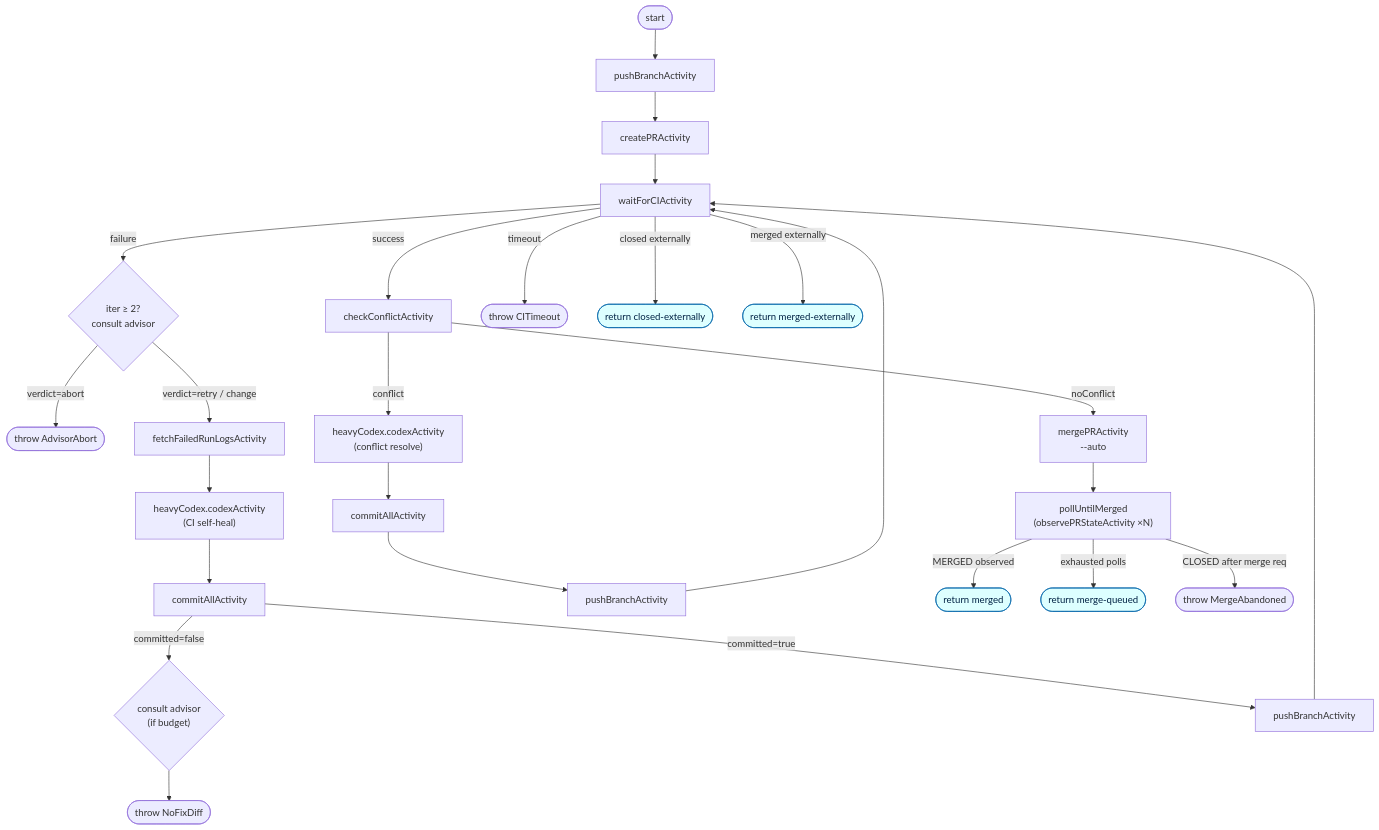
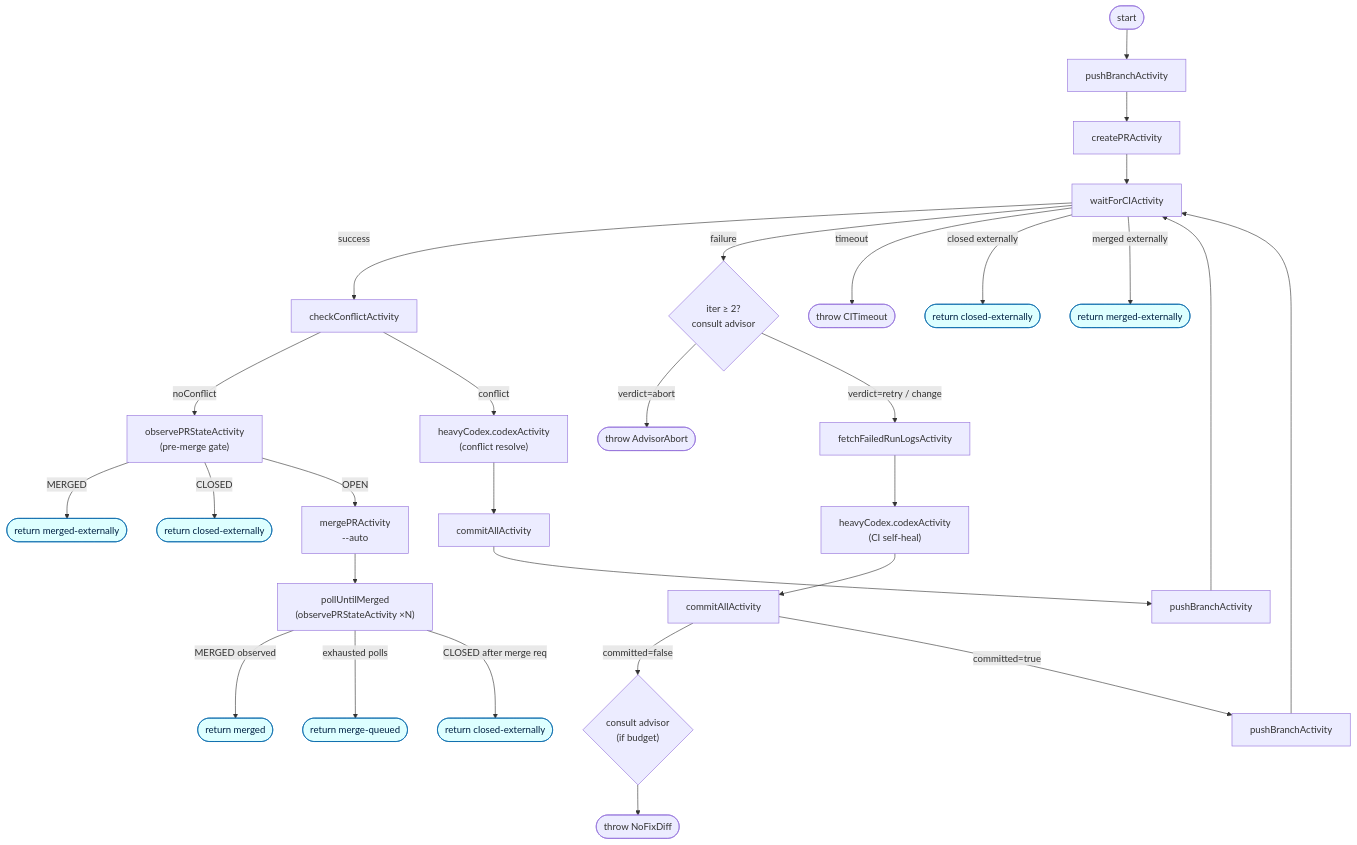
Before and after one commit to tamara1031/temporal-repo-steward: the fourth of 5 diagrams in docs/architecture.md, drawn with Mermaid. The commit also changed other lines of this file and 7 other files, not shown here.

````diff
--- a/docs/architecture.md
+++ b/docs/architecture.md
@@ -194,30 +194,33 @@
 ```mermaid
 flowchart TD
     Start([start]) --> Push[pushBranchActivity]
     Push --> Create[createPRActivity]
     Create --> Wait[waitForCIActivity]
     Wait -->|success| Conflict[checkConflictActivity]
     Wait -->|failure| AdviseFail{"iter ≥ 2?<br/>consult advisor"}
     Wait -->|timeout| Timeout([throw CITimeout])
     Wait -->|closed externally| ClosedExt([return closed-externally]):::ret
     Wait -->|merged externally| MergedExt([return merged-externally]):::ret
     AdviseFail -->|verdict=abort| AbortAdv([throw AdvisorAbort])
     AdviseFail -->|verdict=retry / change| Fetch[fetchFailedRunLogsActivity]
     Fetch --> Heal["heavyCodex.codexActivity<br/>(CI self-heal)"]
     Heal --> CommitH[commitAllActivity]
     CommitH -->|committed=false| AdviseNoDiff{"consult advisor<br/>(if budget)"}
     AdviseNoDiff --> ThrowNoDiff([throw NoFixDiff])
     CommitH -->|committed=true| PushH[pushBranchActivity]
     PushH --> Wait
-    Conflict -->|noConflict| MergeReq[mergePRActivity<br/>--auto]
+    Conflict -->|noConflict| PreMerge["observePRStateActivity<br/>(pre-merge gate)"]
     Conflict -->|conflict| Resolve["heavyCodex.codexActivity<br/>(conflict resolve)"]
     Resolve --> CommitR[commitAllActivity]
     CommitR --> PushR[pushBranchActivity]
     PushR --> Wait
+    PreMerge -->|MERGED| MergedRace([return merged-externally]):::ret
+    PreMerge -->|CLOSED| ClosedRace([return closed-externally]):::ret
+    PreMerge -->|OPEN| MergeReq[mergePRActivity<br/>--auto]
     MergeReq --> Poll["pollUntilMerged<br/>(observePRStateActivity ×N)"]
     Poll -->|MERGED observed| RetMerged([return merged]):::ret
     Poll -->|exhausted polls| RetQueued([return merge-queued]):::ret
-    Poll -->|CLOSED after merge req| ThrowAbandon([throw MergeAbandoned])
+    Poll -->|CLOSED after merge req| RetClosedPoll([return closed-externally]):::ret
 
     classDef ret fill:#dff,stroke:#06a,color:#024
 ```
````
